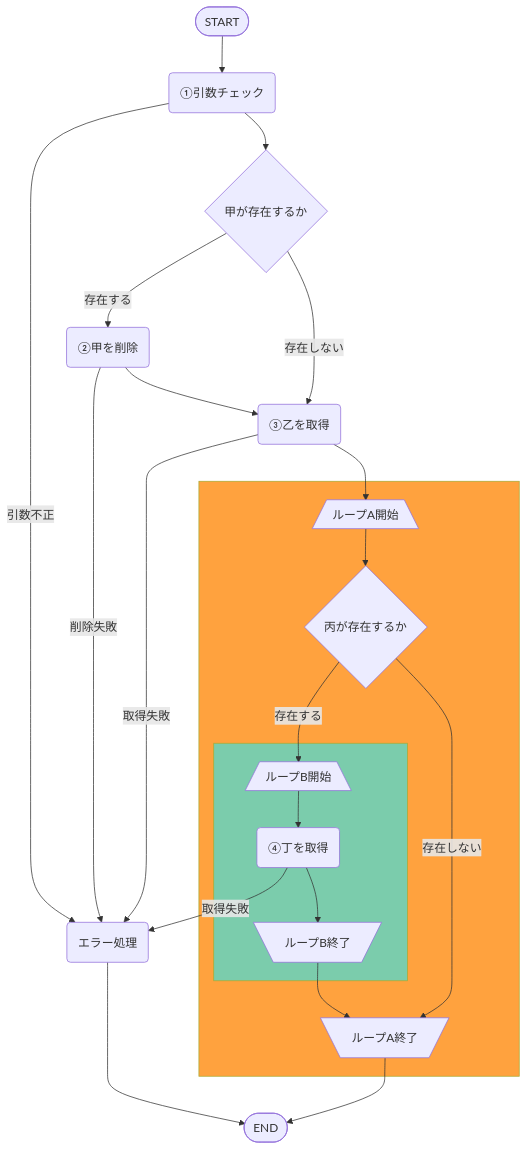
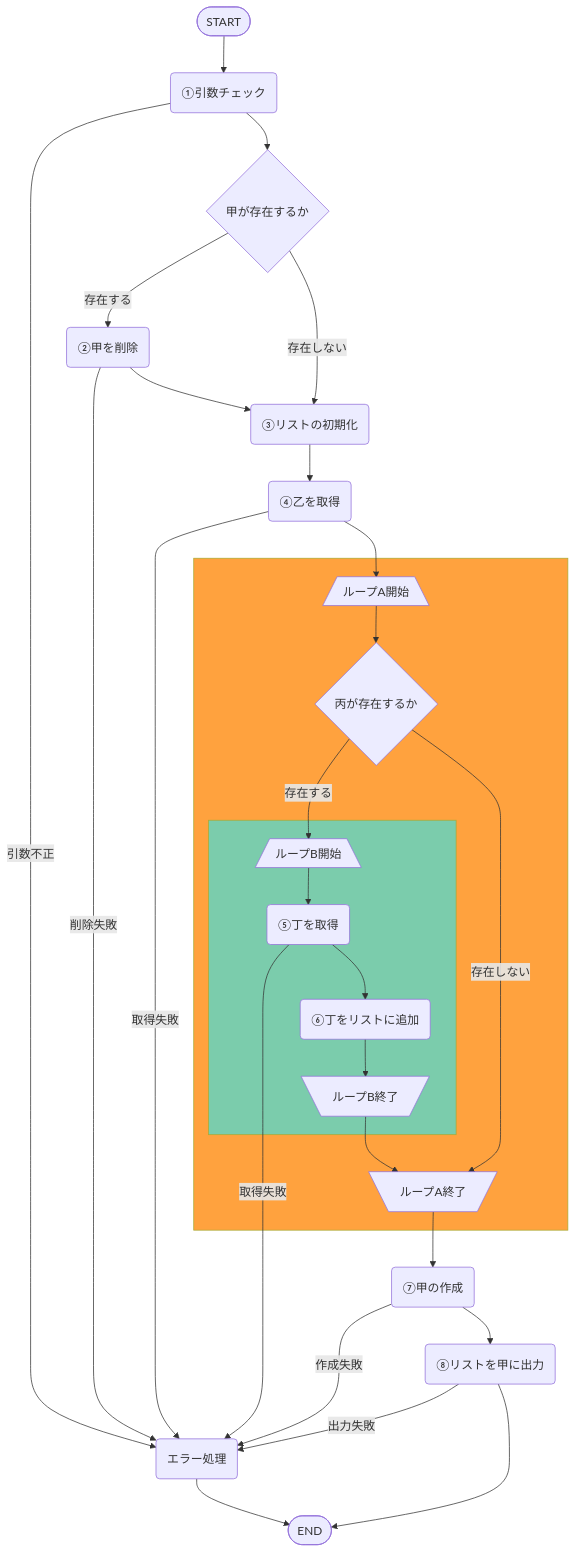
The diagram in フローチャート1.md (Kat-S/mermaid_test), drawn with Mermaid before and after one commit.

````diff
--- a/フローチャート1.md
+++ b/フローチャート1.md
@@ -1,45 +1,55 @@
 ```mermaid
 graph TB
   %% ノード定義
   start(["START"])
   node_1("①引数チェック")
   fork_1{"甲が存在するか"}
-  node_2("②甲を削除")
-  node_3("③乙を取得")
+  node_2("②甲を削除")  
+  node_3("③リストの初期化")  
+  node_4("④乙を取得")
   subgraph loop_1[" "]
     loop_1_start[/"ループA開始"\]
     loop_1_goal[\"ループA終了"/]
     fork_2{"丙が存在するか"}
     subgraph loop_2[" "]
       loop_2_start[/"ループB開始"\]
       loop_2_goal[\"ループB終了"/]  
-      node_4("④丁を取得")
+      node_5("⑤丁を取得")
+      node_6("⑥丁をリストに追加")        
     end
   end
+  node_7("⑦甲の作成")
+  node_8("⑧リストを甲に出力")  
   error_1("エラー処理")    
   goal(["END"])
 
   %% ノードスタイル定義
   style loop_1 fill:#ffa23e
   style loop_2 fill:#7BCCAC
 
   %% リンク定義
   start --> node_1
   node_1 --> | 引数不正 | error_1  
   node_1 --> fork_1
   fork_1 --> | 存在する | node_2   
   node_2 --> | 削除失敗 | error_1  
   node_2 --> node_3
   fork_1 --> | 存在しない | node_3
-  node_3 --> | 取得失敗 | error_1  
-  node_3 --> loop_1_start
+  node_3 --> node_4
+  node_4 --> | 取得失敗 | error_1  
+  node_4 --> loop_1_start
   loop_1_start --> fork_2
   fork_2 --> | 存在する | loop_2_start
-  loop_2_start --> node_4
-  node_4 --> | 取得失敗 | error_1    
-  node_4 --> loop_2_goal
+  loop_2_start --> node_5
+  node_5 --> | 取得失敗 | error_1
+  node_5 --> node_6
+  node_6 --> loop_2_goal
   loop_2_goal --> loop_1_goal
   fork_2 --> | 存在しない | loop_1_goal
-  loop_1_goal --> goal
+  loop_1_goal --> node_7
+  node_7 --> | 作成失敗 | error_1  
+  node_7 --> node_8
+  node_8 --> | 出力失敗 | error_1  
+  node_8 --> goal  
   error_1 --> goal  
 ```
````
